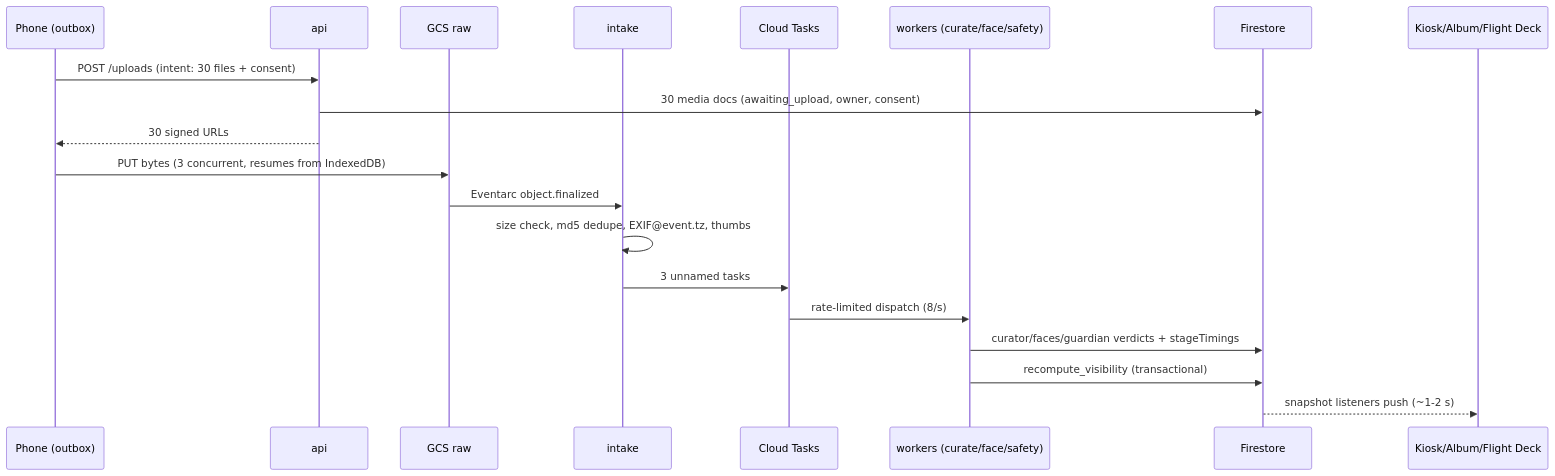
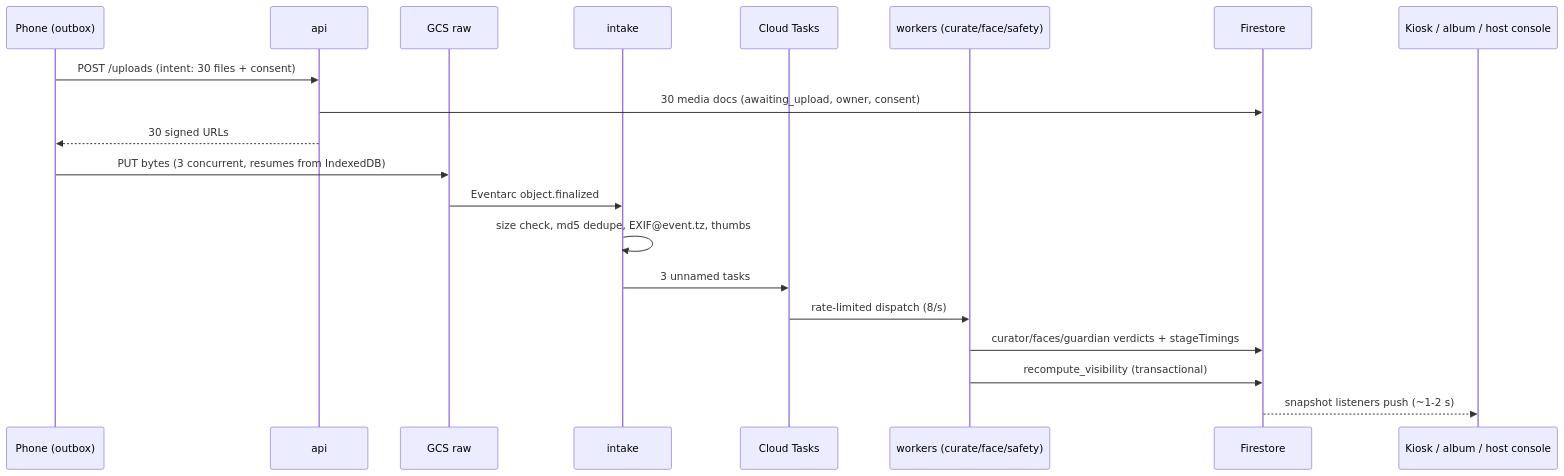
The second of 2 diagrams in docs/architecture.md (Shantanu-00/showrunner), drawn with Mermaid before and after one commit. The commit also changed other lines of this file and 2 other files, not shown here.

````diff
--- a/docs/architecture.md
+++ b/docs/architecture.md
@@ -91,22 +96,22 @@
 ```mermaid
 sequenceDiagram
   participant P as Phone (outbox)
   participant A as api
   participant G as GCS raw
   participant I as intake
   participant Q as Cloud Tasks
   participant W as workers (curate/face/safety)
   participant F as Firestore
-  participant K as Kiosk/Album/Flight Deck
+  participant K as Kiosk / album / host console
   P->>A: POST /uploads (intent: 30 files + consent)
   A->>F: 30 media docs (awaiting_upload, owner, consent)
   A-->>P: 30 signed URLs
   P->>G: PUT bytes (3 concurrent, resumes from IndexedDB)
   G->>I: Eventarc object.finalized
   I->>I: size check, md5 dedupe, EXIF@event.tz, thumbs
   I->>Q: 3 unnamed tasks
   Q->>W: rate-limited dispatch (8/s)
   W->>F: curator/faces/guardian verdicts + stageTimings
   W->>F: recompute_visibility (transactional)
   F-->>K: snapshot listeners push (~1-2 s)
 ```
````
